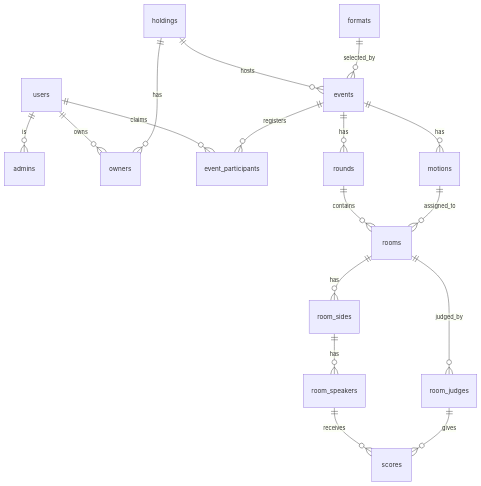
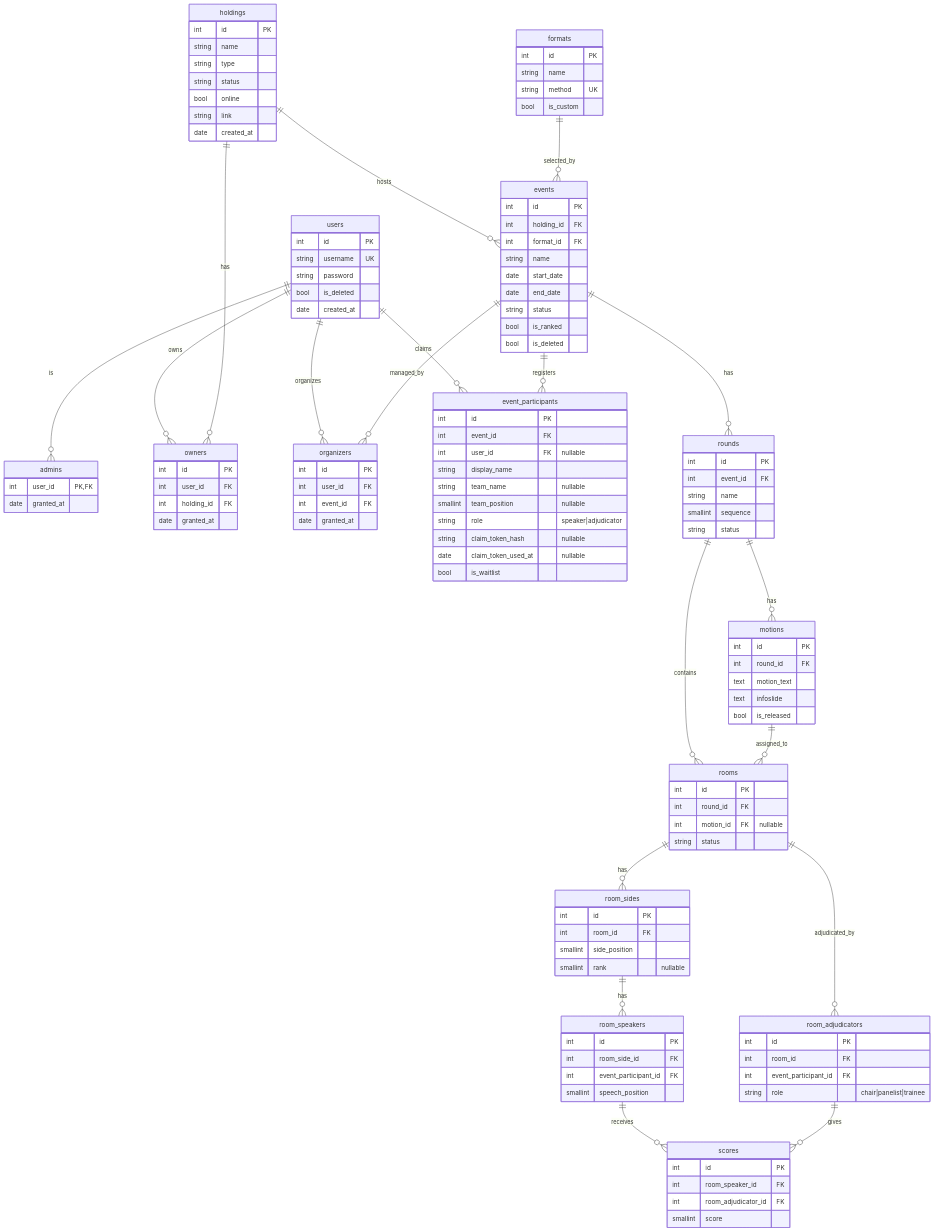
The diagram in docs/adr/0004-speaker-centric-universal-architecture.md (Ukrainian-Debate-Dev-Community/opendebate-dev), drawn with Mermaid before and after one commit. The commit also changed other lines of this file, not shown here.

Commit message:
docs: expand ADR roles and room adjudication

````diff
--- a/docs/adr/0004-speaker-centric-universal-architecture.md
+++ b/docs/adr/0004-speaker-centric-universal-architecture.md
@@ -65,6 +101,7 @@
 erDiagram
     users ||--o{ admins : is
     users ||--o{ owners : owns
+    users ||--o{ organizers : organizes
     users ||--o{ event_participants : claims
 
     holdings ||--o{ owners : has
@@ -72,17 +109,138 @@
 
     formats ||--o{ events : selected_by
 
+    events ||--o{ organizers : managed_by
     events ||--o{ event_participants : registers
     events ||--o{ rounds : has
-    events ||--o{ motions : has
 
     rounds ||--o{ rooms : contains
+    rounds ||--o{ motions : has
     motions ||--o{ rooms : assigned_to
 
     rooms ||--o{ room_sides : has
-    rooms ||--o{ room_judges : judged_by
+    rooms ||--o{ room_adjudicators : adjudicated_by
 
     room_sides ||--o{ room_speakers : has
     room_speakers ||--o{ scores : receives
-    room_judges ||--o{ scores : gives
+    room_adjudicators ||--o{ scores : gives
+
+    users {
+        int id PK
+        string username UK
+        string password
+        bool is_deleted
+        date created_at
+    }
+
+    admins {
+        int user_id PK,FK
+        date granted_at
+    }
+
+    holdings {
+        int id PK
+        string name
+        string type
+        string status
+        bool online
+        string link
+        date created_at
+    }
+
+    owners {
+        int id PK
+        int user_id FK
+        int holding_id FK
+        date granted_at
+    }
+
+    formats {
+        int id PK
+        string name
+        string method UK
+        bool is_custom
+    }
+
+    events {
+        int id PK
+        int holding_id FK
+        int format_id FK
+        string name
+        date start_date
+        date end_date
+        string status
+        bool is_ranked
+        bool is_deleted
+    }
+
+    organizers {
+        int id PK
+        int user_id FK
+        int event_id FK
+        date granted_at
+    }
+
+    event_participants {
+        int id PK
+        int event_id FK
+        int user_id FK "nullable"
+        string display_name
+        string team_name "nullable"
+        smallint team_position "nullable"
+        string role "speaker|adjudicator"
+        string claim_token_hash "nullable"
+        date claim_token_used_at "nullable"
+        bool is_waitlist
+    }
+
+    rounds {
+        int id PK
+        int event_id FK
+        string name
+        smallint sequence
+        string status
+    }
+
+    motions {
+        int id PK
+        int round_id FK
+        text motion_text
+        text infoslide
+        bool is_released
+    }
+
+    rooms {
+        int id PK
+        int round_id FK
+        int motion_id FK "nullable"
+        string status
+    }
+
+    room_sides {
+        int id PK
+        int room_id FK
+        smallint side_position
+        smallint rank "nullable"
+    }
+
+    room_speakers {
+        int id PK
+        int room_side_id FK
+        int event_participant_id FK
+        smallint speech_position
+    }
+
+    room_adjudicators {
+        int id PK
+        int room_id FK
+        int event_participant_id FK
+        string role "chair|panelist|trainee"
+    }
+
+    scores {
+        int id PK
+        int room_speaker_id FK
+        int room_adjudicator_id FK
+        smallint score
+    }
 ```
````
